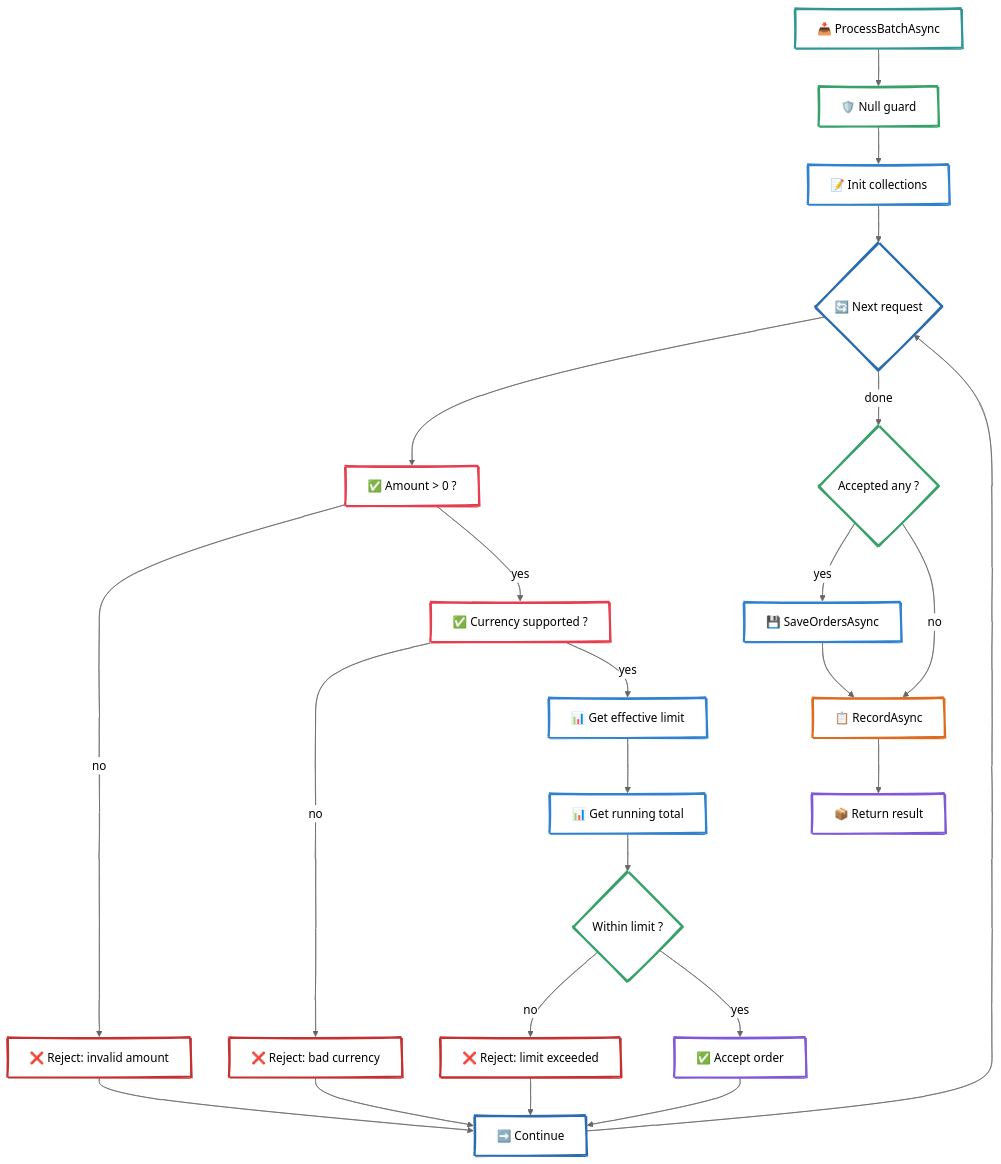
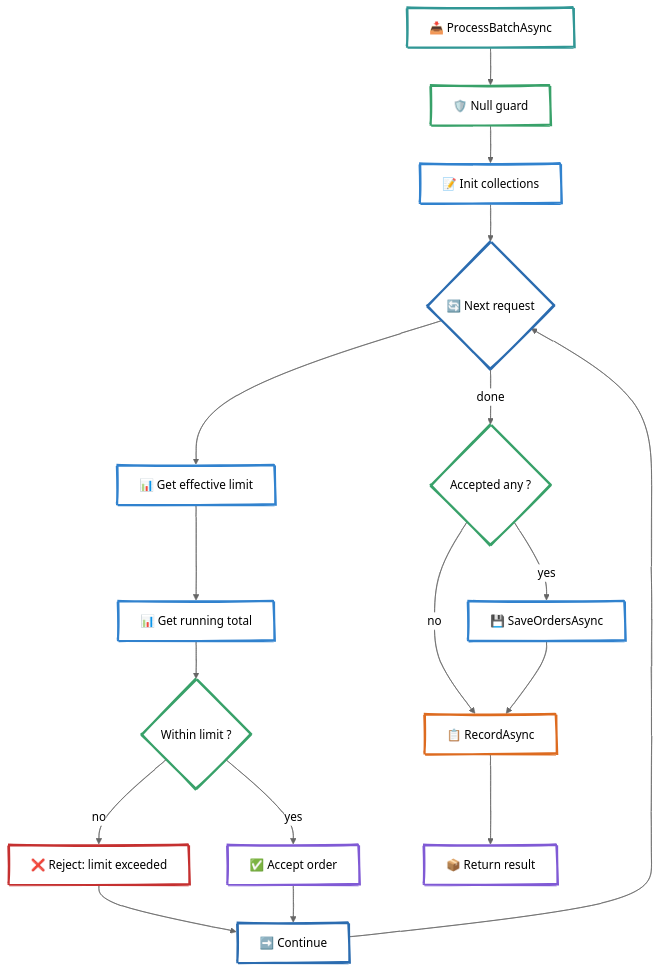
One commit to abezr/adaptive-cash-interview changed the third of 3 diagrams in docs/c4/code.md. Above: the diagram before and after it, drawn with Mermaid (neutral theme). The commit also changed other lines of this file and 4 other files, not shown here.

````diff
--- a/docs/c4/code.md
+++ b/docs/c4/code.md
@@ -119,57 +119,47 @@
 ```mermaid
 ---
 config:
   look: handDrawn
 ---
 flowchart TD
     START["📥 ProcessBatchAsync"]:::input
     GUARD["🛡️ Null guard"]:::gate
     INIT["📝 Init collections"]:::context
 
     START --> GUARD --> INIT --> LOOP
 
     LOOP{"🔄 Next request"}:::router
 
-    VAMT["✅ Amount > 0 ?"]:::agent
-    LOOP --> VAMT
-
-    VAMT -- "no" --> REJ_AMT["❌ Reject: invalid amount"]:::escalation
-    VAMT -- "yes" --> VCUR
-
-    VCUR["✅ Currency supported ?"]:::agent
-    VCUR -- "no" --> REJ_CUR["❌ Reject: bad currency"]:::escalation
-    VCUR -- "yes" --> GET_LIMIT
+    LOOP --> GET_LIMIT
 
     GET_LIMIT["📊 Get effective limit"]:::context
     GET_LIMIT --> GET_TOTAL
     GET_TOTAL["📊 Get running total"]:::context
     GET_TOTAL --> CHECK
 
     CHECK{"Within limit ?"}:::gate
     CHECK -- "no" --> REJ_LIM["❌ Reject: limit exceeded"]:::escalation
     CHECK -- "yes" --> ACCEPT["✅ Accept order"]:::output
 
-    REJ_AMT --> NEXT["➡️ Continue"]:::router
-    REJ_CUR --> NEXT
-    REJ_LIM --> NEXT
+    REJ_LIM --> NEXT["➡️ Continue"]:::router
     ACCEPT --> NEXT
     NEXT --> LOOP
 
     LOOP -- "done" --> SAVE
     SAVE{"Accepted any ?"}:::gate
     SAVE -- "yes" --> PERSIST["💾 SaveOrdersAsync"]:::db
     SAVE -- "no" --> AUDIT
     PERSIST --> AUDIT
     AUDIT["📋 RecordAsync"]:::audit
     AUDIT --> RET["📦 Return result"]:::output
 
     classDef input fill:transparent,stroke:#319795,stroke-width:3px
     classDef gate fill:transparent,stroke:#38A169,stroke-width:3px
     classDef context fill:transparent,stroke:#3182CE,stroke-width:3px
     classDef router fill:transparent,stroke:#2B6CB0,stroke-width:3px
     classDef agent fill:transparent,stroke:#E53E50,stroke-width:3px
     classDef escalation fill:transparent,stroke:#C53030,stroke-width:3px
     classDef output fill:transparent,stroke:#805AD5,stroke-width:3px
     classDef db fill:transparent,stroke:#3182CE,stroke-width:3px
     classDef audit fill:transparent,stroke:#DD6B20,stroke-width:3px
 ```
````
